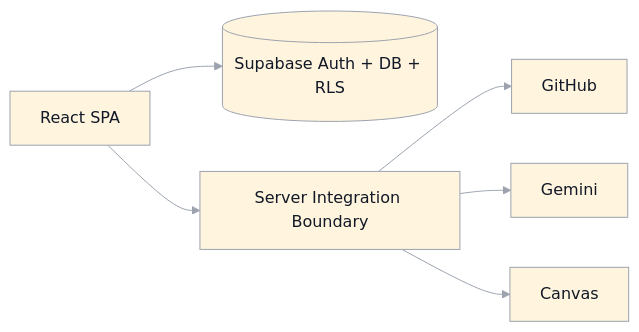
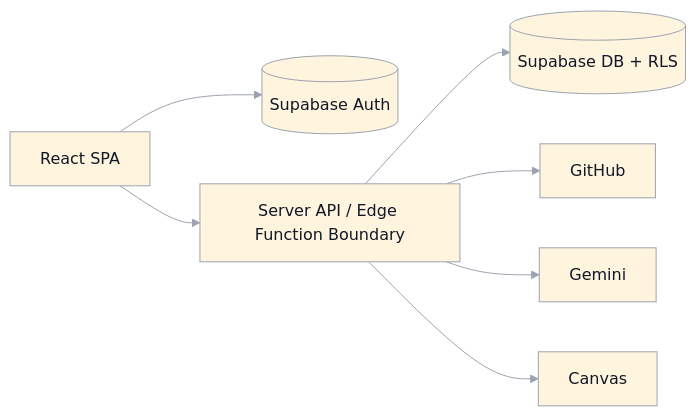
One commit to leesjensen/masteryls changed the diagram in specification/app.md. Above: the diagram before and after it, drawn with Mermaid. The commit also changed other lines of this file and 9 other files, not shown here.

Commit message:
spec: formalize API contracts and server boundary

````diff
--- a/specification/app.md
+++ b/specification/app.md
@@ -21,9 +21,10 @@
 ```mermaid
 %%{init: {"theme": "base", "themeVariables": {"background": "#ffffff", "lineColor": "#9ca3af", "primaryBorderColor": "#9ca3af", "secondaryBorderColor": "#9ca3af", "tertiaryBorderColor": "#9ca3af", "clusterBorder": "#9ca3af", "edgeLabelBackground": "#ffffff", "primaryTextColor": "#111827"}}}%%
 flowchart LR
-  UI[React SPA] --> SB[(Supabase Auth + DB + RLS)]
-  UI --> FX[Server Integration Boundary]
+  UI[React SPA] --> SA[(Supabase Auth)]
+  UI --> FX[Server API / Edge Function Boundary]
+  FX --> SB[(Supabase DB + RLS)]
   FX --> GH[GitHub]
   FX --> GM[Gemini]
   FX --> CV[Canvas]
 ```
````
